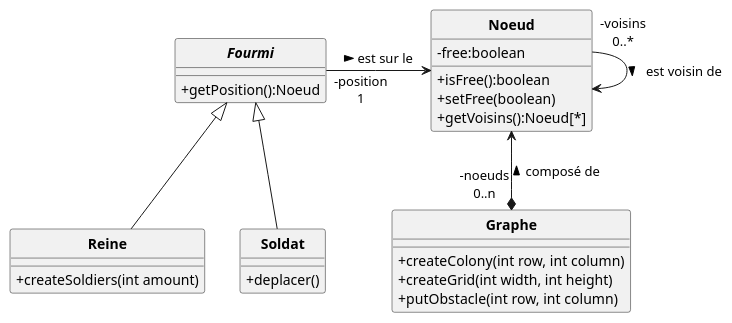
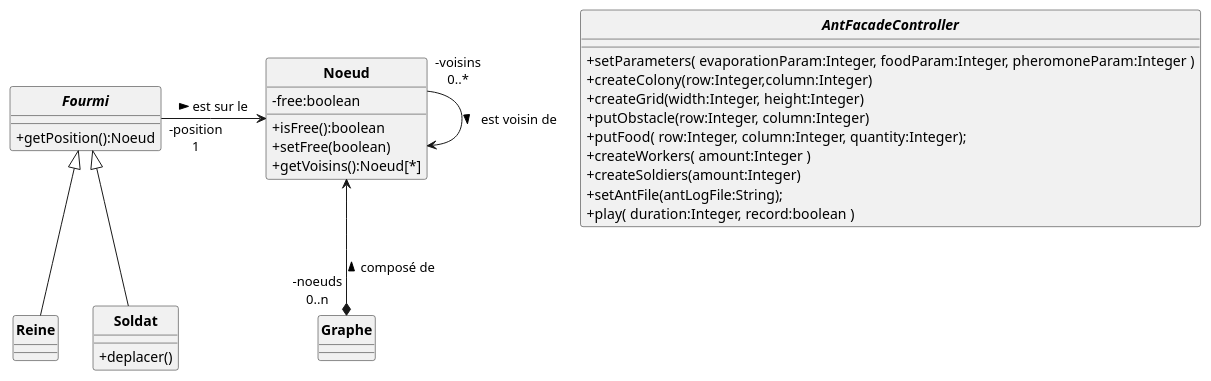
One commit to ErenMustafaGit/ColonieFourmis changed the diagram in Code/uml/Fourmis_DC.puml. Above: the diagram before and after it, drawn with PlantUML. The commit also changed 1 other file, not shown here.

Commit message:
Modification des relations sur le Diagramme de class d'analyse et ajout de l'interface AntFacadeController

```diff
--- a/Code/uml/Fourmis_DC.puml
+++ b/Code/uml/Fourmis_DC.puml
@@ -1,37 +1,47 @@
 @startuml
 'https://plantuml.com/sequence-diagram
 skinparam style strictuml
 skinparam classAttributeIconSize 0
 skinparam circledCharacterRadius 0
 skinparam circledCharacterFontSize 0
 skinparam classFontStyle Bold
 'autonumber
 
+interface AntFacadeController{
+    +setParameters( evaporationParam:Integer, foodParam:Integer, pheromoneParam:Integer )
+    +createColony(row:Integer,column:Integer)
+    +createGrid(width:Integer, height:Integer)
+    +putObstacle(row:Integer, column:Integer)
+    +putFood( row:Integer, column:Integer, quantity:Integer);
+    +createWorkers( amount:Integer )
+    +createSoldiers(amount:Integer)
+    +setAntFile(antLogFile:String);
+    +play( duration:Integer, record:boolean )
+}
 class Graphe {
-    +createColony(int row, int column)
-    +createGrid(int width, int height)
-    +putObstacle(int row, int column)
+
 }
 class Noeud{
     -free:boolean
     +isFree():boolean
     +setFree(boolean)
     +getVoisins():Noeud[*]
 }
 
 abstract Fourmi {
     +getPosition():Noeud
 }
 class Reine extends Fourmi{
 
-    +createSoldiers(int amount)
+
 }
 class Soldat extends Fourmi{
     +deplacer()
 }
+
 
 Graphe "-noeuds\n0..n" *-u-> Noeud : composé de >
 Fourmi "-position\n1" -> Noeud : est sur le >
 Noeud "-voisins\n0..*" -> Noeud : est voisin de >
 
 @enduml
```
